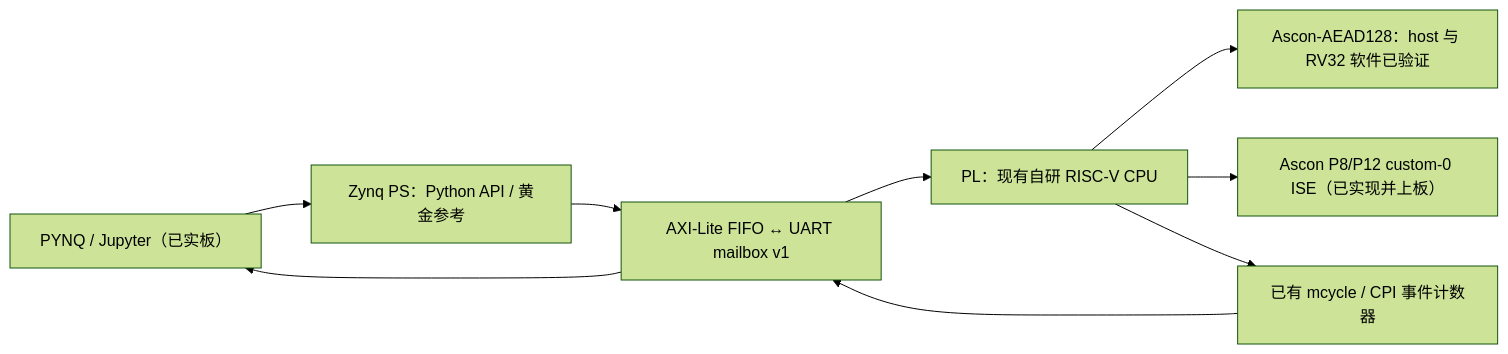
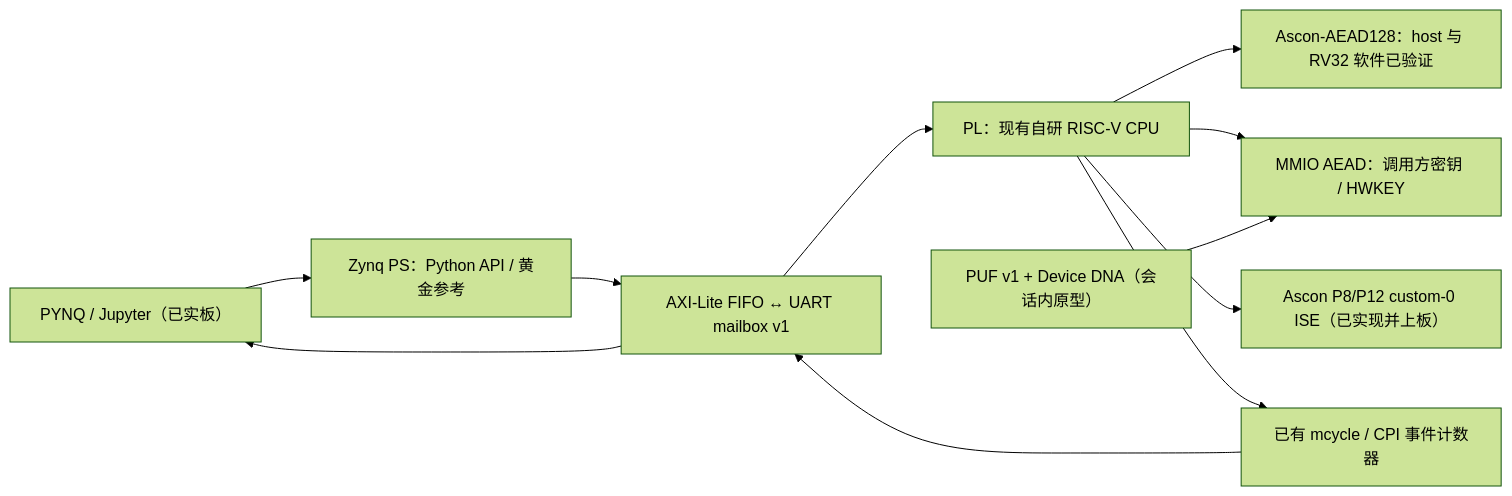
Before and after one commit to HChenZ/amd_fpga_2026: the diagram in README.md, drawn with Mermaid (forest theme). The commit also changed other lines of this file and 140 other files, not shown here.

````diff
--- a/README.md
+++ b/README.md
@@ -35,11 +42,13 @@
 ```mermaid
 flowchart LR
     Host["PYNQ / Jupyter（已实板）"] --> PS["Zynq PS：Python API / 黄金参考"]
     PS --> Link["AXI-Lite FIFO ↔ UART mailbox v1"]
     Link --> CPU["PL：现有自研 RISC-V CPU"]
     CPU --> SW["Ascon-AEAD128：host 与 RV32 软件已验证"]
+    CPU --> MMIO["MMIO AEAD：调用方密钥 / HWKEY"]
     CPU --> ISE["Ascon P8/P12 custom-0 ISE（已实现并上板）"]
+    PUF["PUF v1 + Device DNA（会话内原型）"] --> MMIO
     CPU --> Counter["已有 mcycle / CPI 事件计数器"]
     Counter --> Link
     Link --> Host
 ```
````
